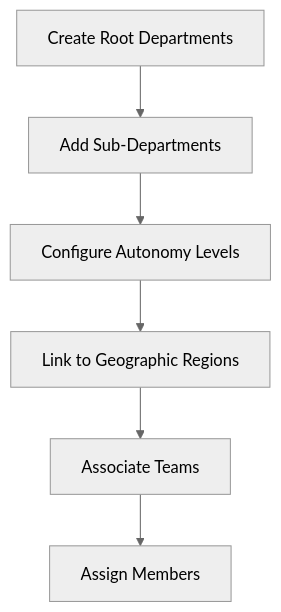
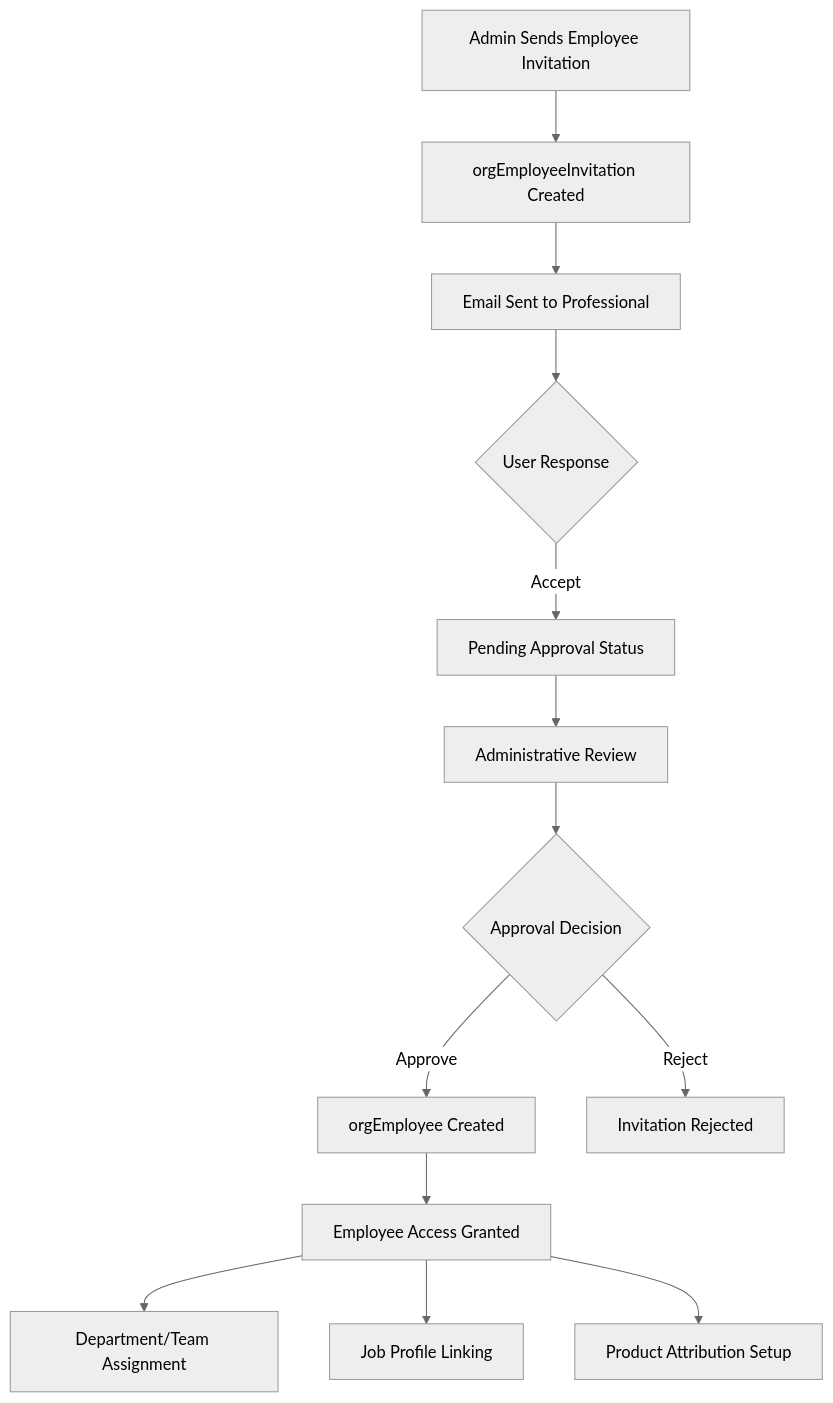
The third of 4 diagrams in apps/volmify/src/server/libs/db/schema/org/member/README.md (DreamEcho100/maze), drawn with Mermaid (neutral theme) before and after one commit. The commit also changed other lines of this file and 50 other files, not shown here.

First line of the commit message:
Refactor user profile schema and relations

````diff
--- a/apps/volmify/src/server/libs/db/schema/org/member/README.md
+++ b/apps/volmify/src/server/libs/db/schema/org/member/README.md
@@ -249,8 +329,15 @@
 ```mermaid
 graph TD
-    A[Create Root Departments] --> B[Add Sub-Departments]
-    B --> C[Configure Autonomy Levels]
-    C --> D[Link to Geographic Regions]
-    D --> E[Associate Teams]
-    E --> F[Assign Members] 
+    A[Admin Sends Employee Invitation] --> B[orgEmployeeInvitation Created]
+    B --> C[Email Sent to Professional]
+    C --> D{User Response}
+    D -->|Accept| E[Pending Approval Status]
+    E --> F[Administrative Review]
+    F --> G{Approval Decision}
+    G -->|Approve| H[orgEmployee Created]
+    G -->|Reject| I[Invitation Rejected]
+    H --> J[Employee Access Granted]
+    J --> K[Department/Team Assignment]
+    J --> L[Job Profile Linking]
+    J --> M[Product Attribution Setup]
 ```
````
